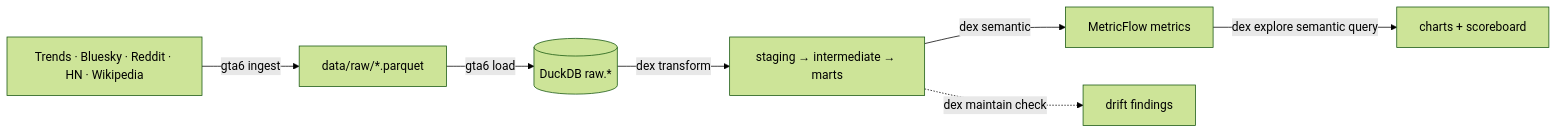
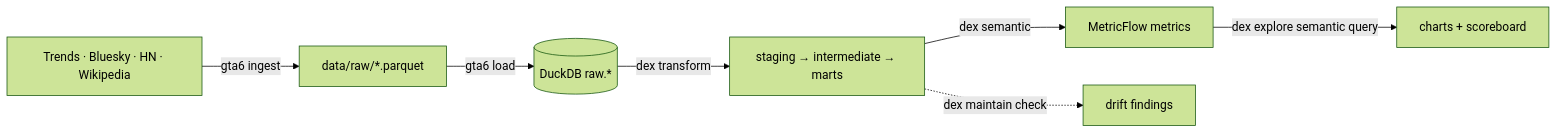
One commit to exmergo/gta6-productivity-impact changed the diagram in README.md. Above: the diagram before and after it, drawn with Mermaid (forest theme). The commit also changed 21 other files, not shown here.

````diff
--- a/README.md
+++ b/README.md
@@ -79,9 +79,9 @@
 ```mermaid
 flowchart LR
-  A[Trends · Bluesky · Reddit · HN · Wikipedia] -->|gta6 ingest| B[data/raw/*.parquet]
+  A[Trends · Bluesky · HN · Wikipedia] -->|gta6 ingest| B[data/raw/*.parquet]
   B -->|gta6 load| C[(DuckDB raw.*)]
   C -->|dex transform| D[staging → intermediate → marts]
   D -->|dex semantic| E[MetricFlow metrics]
   E -->|dex explore semantic query| F[charts + scoreboard]
   D -.->|dex maintain check| G[drift findings]
 ```
````
